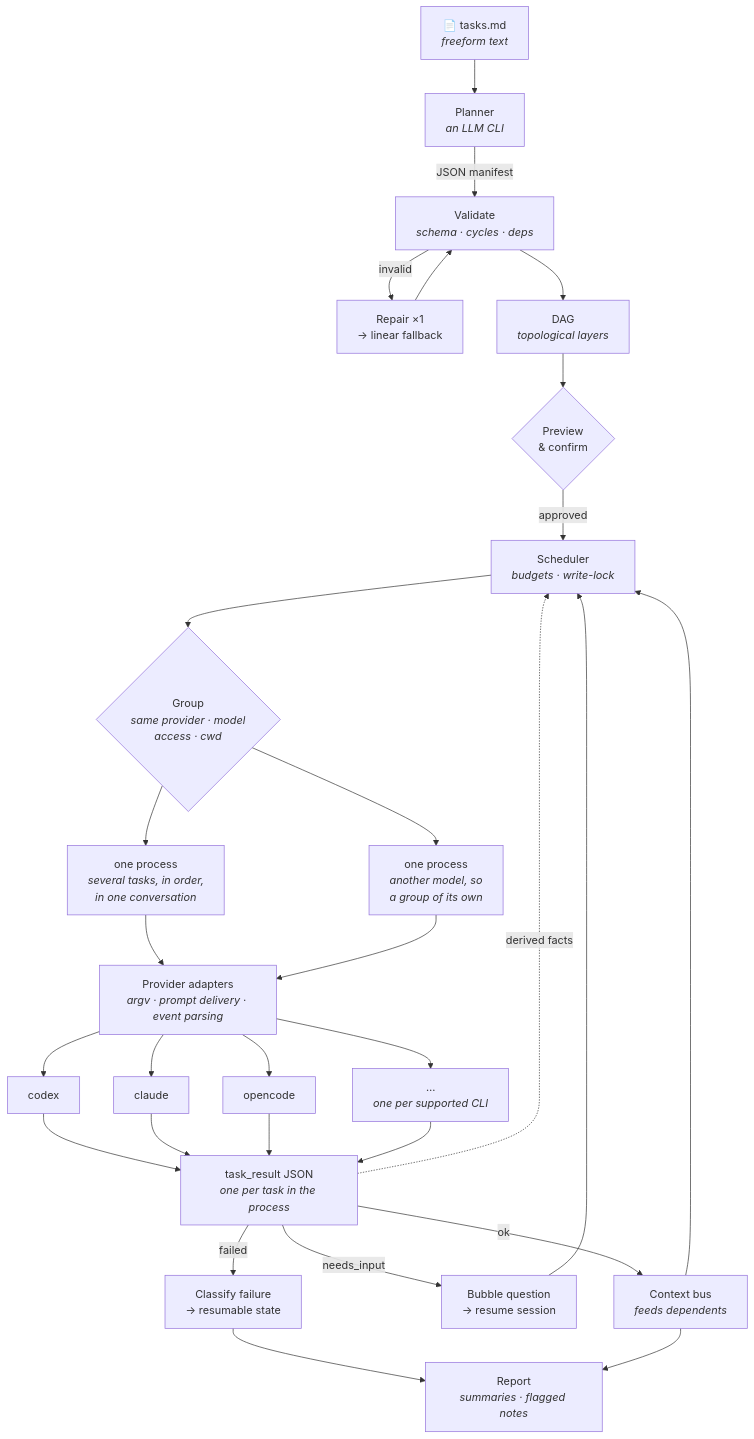
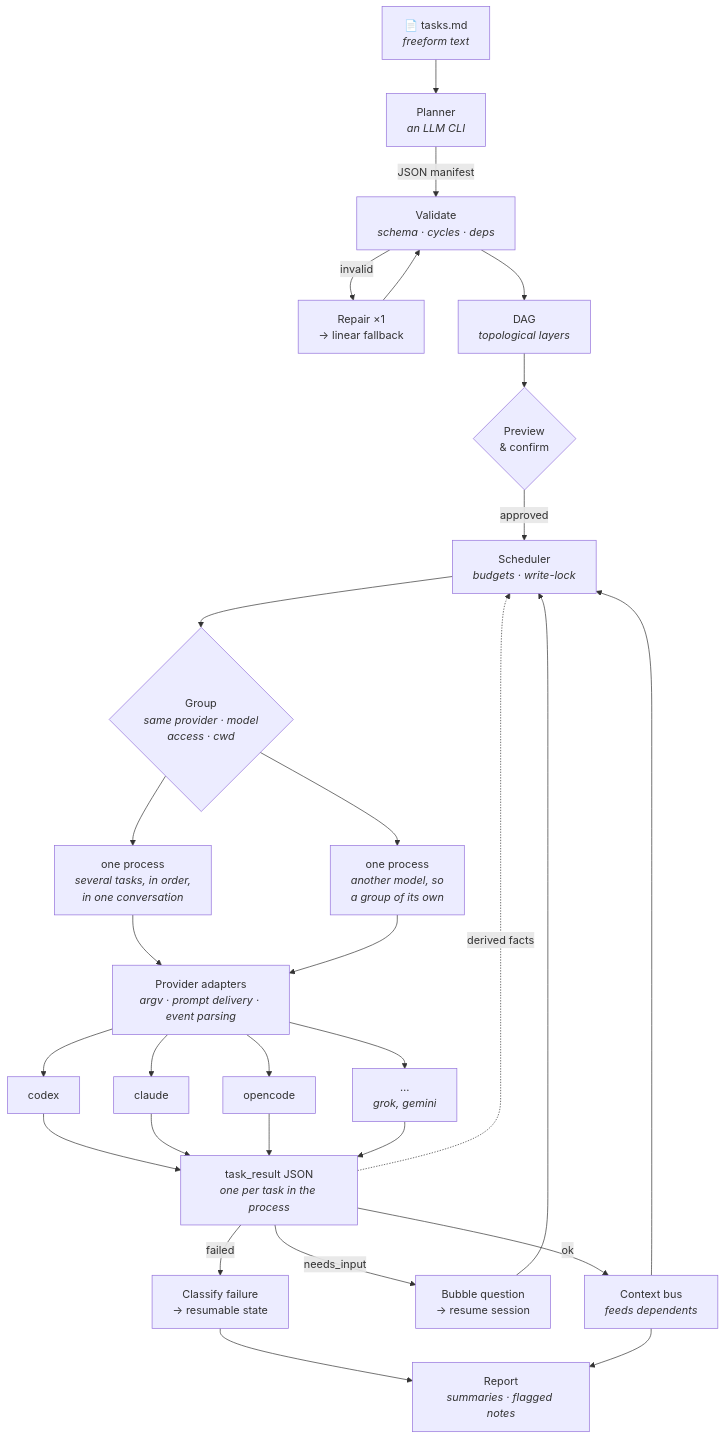
One commit to juliomatcom/baya-cli changed the diagram in README.md. Above: the diagram before and after it, drawn with Mermaid.

Commit message:
docs(readme): name the next providers in the diagram's generic node
`grok, gemini` instead of a description of the adapter layer, which was
attached to the wrong node — it sat under a CLI but described what `Provider
adapters` above it does.

Names planned adapters rather than shipped ones. The Providers table twelve
lines below carries the real status (`gemini` is `deferred to v1.1`, `grok` is
not listed yet), so the diagram reads as direction and the table as fact.

````diff
--- a/README.md
+++ b/README.md
@@ -136,38 +136,38 @@
 ```mermaid
 flowchart TB
     MD["📄 tasks.md<br/><i>freeform text</i>"] --> P["Planner<br/><i>an LLM CLI</i>"]
     P -->|JSON manifest| V["Validate<br/><i>schema · cycles · deps</i>"]
     V -->|invalid| R["Repair ×1<br/>→ linear fallback"]
     R --> V
     V --> G["DAG<br/><i>topological layers</i>"]
     G --> GATE{"Preview<br/>& confirm"}
     GATE -->|approved| S["Scheduler<br/><i>budgets · write-lock</i>"]
 
     S --> GRP{"Group<br/><i>same provider · model<br/>access · cwd</i>"}
 
     GRP --> P1["one process<br/><i>several tasks, in order,<br/>in one conversation</i>"]
     GRP --> P2["one process<br/><i>another model, so<br/>a group of its own</i>"]
 
     P1 --> AD["Provider adapters<br/><i>argv · prompt delivery · event parsing</i>"]
     P2 --> AD
 
     AD --> C1["codex"]
     AD --> C2["claude"]
     AD --> C3["opencode"]
-    AD --> CN["…<br/><i>one per supported CLI</i>"]
+    AD --> CN["…<br/><i>grok, gemini</i>"]
 
     C1 --> RES["task_result JSON<br/><i>one per task in the process</i>"]
     C2 --> RES
     C3 --> RES
     CN --> RES
 
     RES -->|ok| BUS["Context bus<br/><i>feeds dependents</i>"]
     RES -->|needs_input| ASK["Bubble question<br/>→ resume session"]
     RES -->|failed| REC["Classify failure<br/>→ resumable state"]
 
     RES -.->|derived facts| S
     BUS --> S
     ASK --> S
     REC --> OUT["Report<br/><i>summaries · flagged notes</i>"]
     BUS --> OUT
 ```
````
